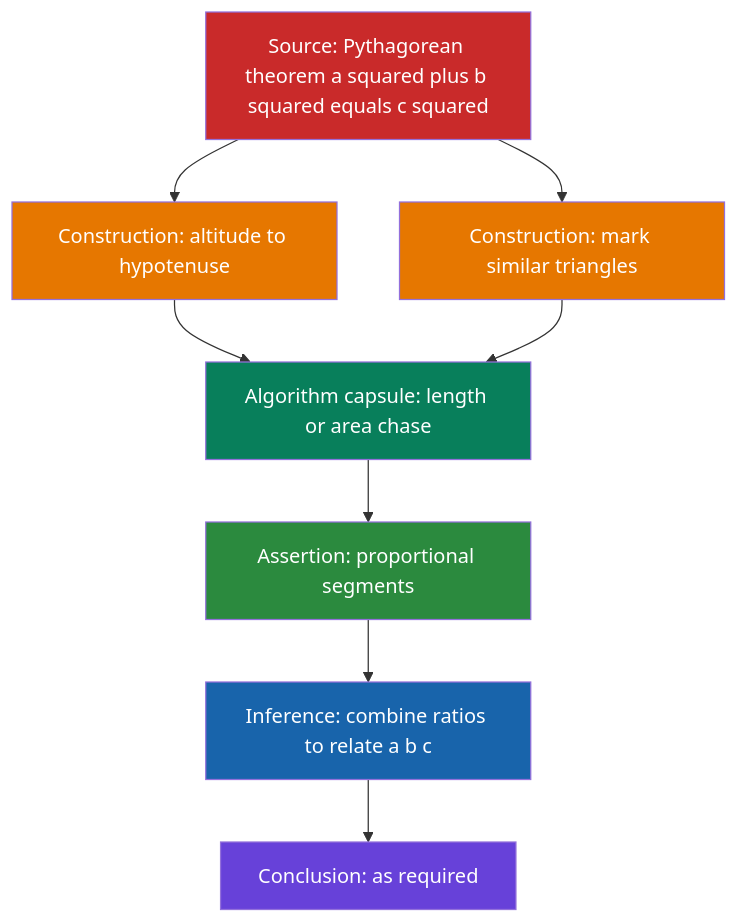
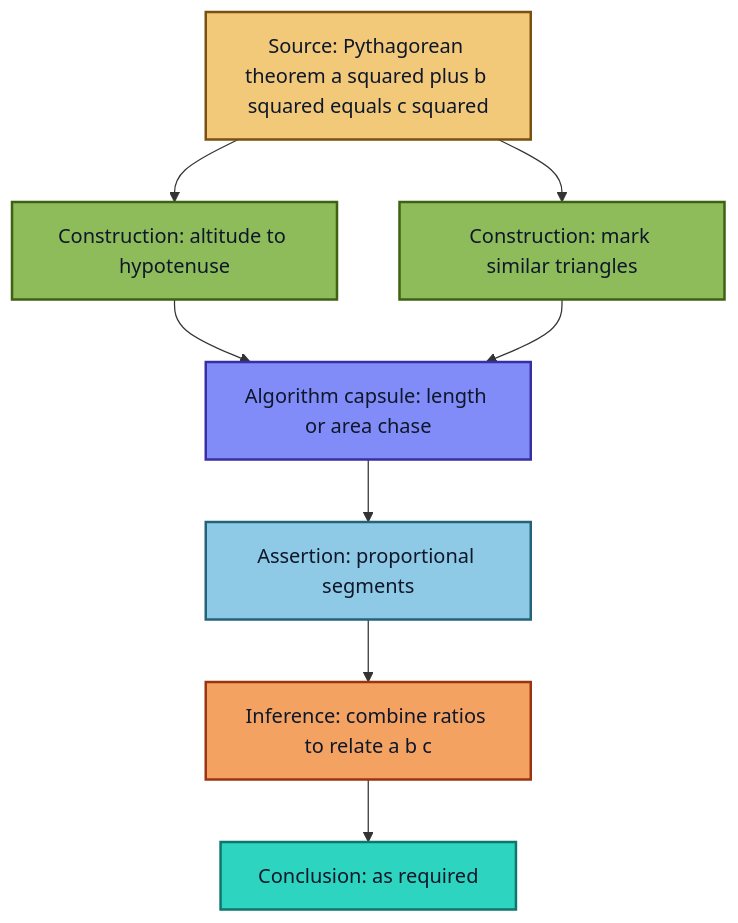
One commit to garywelz/progframe changed the sixth of 8 diagrams in collaborations/mathematics-database/algorithms-axiomatic-theories-proofs-revised.md. Above: the diagram before and after it, drawn with Mermaid. The commit also changed other lines of this file and 13 other files, not shown here.

````diff
--- a/collaborations/mathematics-database/algorithms-axiomatic-theories-proofs-revised.md
+++ b/collaborations/mathematics-database/algorithms-axiomatic-theories-proofs-revised.md
@@ -356,20 +377,25 @@
 ```mermaid
 flowchart TD
   T["Source: Pythagorean theorem a squared plus b squared equals c squared"]
   C1["Construction: altitude to hypotenuse"]
   C2["Construction: mark similar triangles"]
   AC["Algorithm capsule: length or area chase"]
   AS["Assertion: proportional segments"]
   I["Inference: combine ratios to relate a b c"]
   CO["Conclusion: as required"]
   T --> C1 --> AC
   T --> C2 --> AC
   AC --> AS --> I --> CO
-  style T fill:#c92a2a,color:#fff
-  style C1 fill:#e67700,color:#fff
-  style C2 fill:#e67700,color:#fff
-  style AC fill:#087f5b,color:#fff
-  style AS fill:#2b8a3e,color:#fff
-  style I fill:#1864ab,color:#fff
-  style CO fill:#6741d9,color:#fff
+  classDef proofSource fill:#f2c879,stroke:#7a4f12,color:#0f172a,stroke-width:2px
+  classDef proofConstruction fill:#8fbc5a,stroke:#3f6212,color:#0f172a,stroke-width:2px
+  classDef proofAlgorithm fill:#818cf8,stroke:#3730a3,color:#0f172a,stroke-width:2px
+  classDef proofAssertion fill:#8ecae6,stroke:#25637a,color:#0f172a,stroke-width:2px
+  classDef proofInference fill:#f4a261,stroke:#9a3412,color:#0f172a,stroke-width:2px
+  classDef proofConclusion fill:#2dd4bf,stroke:#0f766e,color:#0f172a,stroke-width:2px
+  class T proofSource
+  class C1,C2 proofConstruction
+  class AC proofAlgorithm
+  class AS proofAssertion
+  class I proofInference
+  class CO proofConclusion
 ```
````
